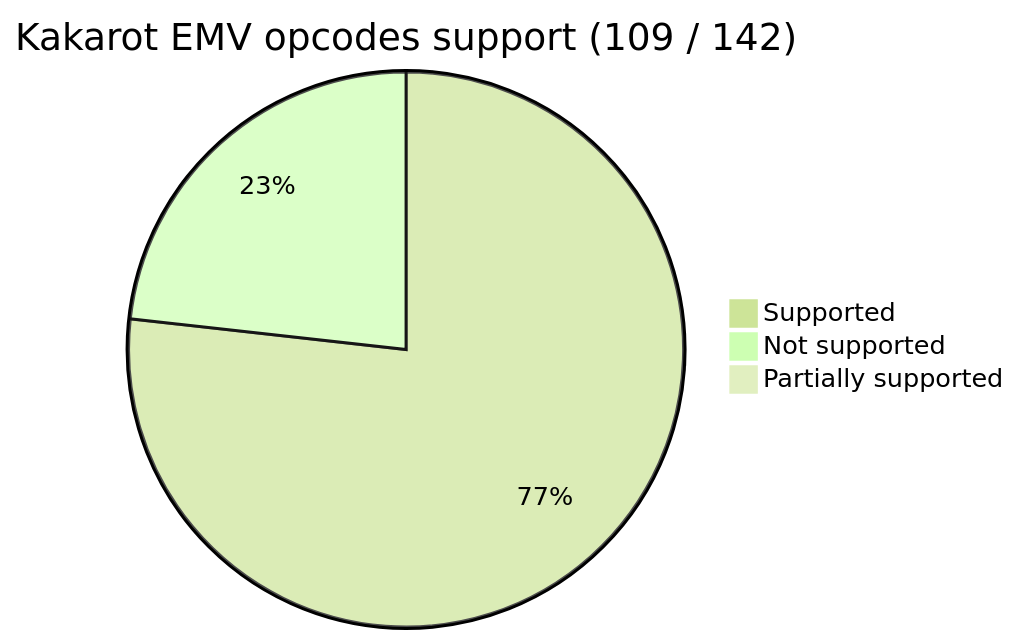
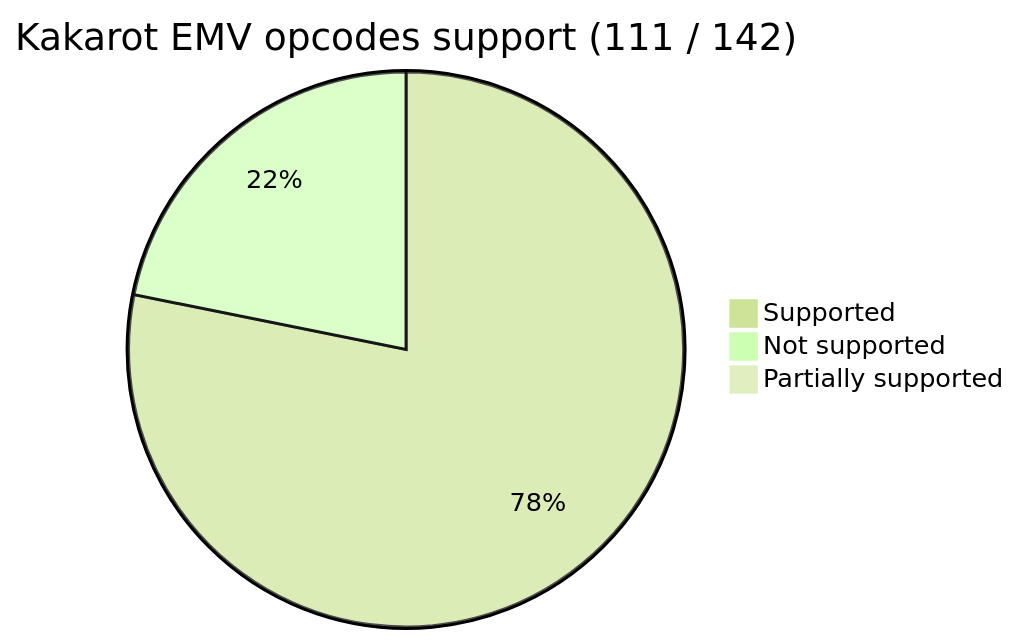
One commit to kkrt-labs/kakarot changed the first of 2 diagrams in README.md. Above: the diagram before and after it, drawn with Mermaid. The commit also changed other lines of this file and 1 other file, not shown here.

Commit message:
👥 update contributors

````diff
--- a/README.md
+++ b/README.md
@@ -38,9 +38,9 @@
 ```mermaid
 %%{init: {'theme': 'forest', 'themeVariables': { 'darkMode': 'false'}}}%%
 
-pie title Kakarot EMV opcodes support (109 / 142)
-    "Supported" : 109
-    "Not supported" : 33
+pie title Kakarot EMV opcodes support (111 / 142)
+    "Supported" : 111
+    "Not supported" : 31
 
     "Partially supported" : 0
 ```
````
